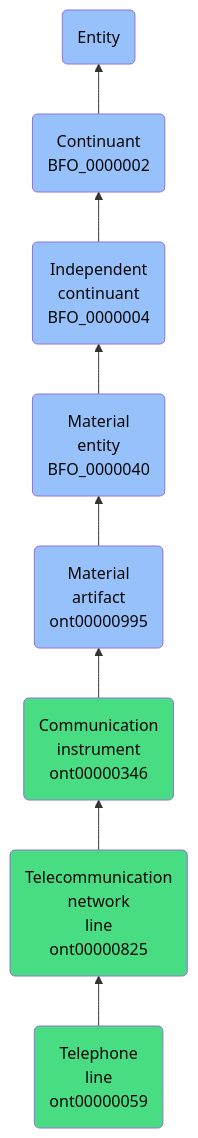
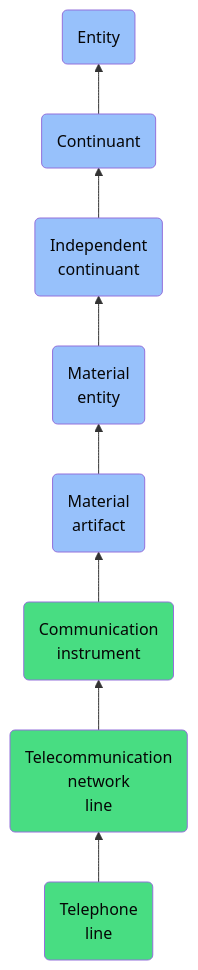
Before and after one commit to jupyter-naas/abi: the diagram in docs/ontology/reference/model/Entity/Continuant/Independent continuant/Material entity/Material artifact/Communication instrument/Telecommunication network line/Telephone line/Telephone line.md, drawn with Mermaid. The commit also changed other lines of this file and 1430 other files, not shown here.

````diff
--- a/docs/ontology/reference/model/Entity/Continuant/Independent continuant/Material entity/Material artifact/Communication instrument/Telecommunication network line/Telephone line/Telephone line.md
+++ b/docs/ontology/reference/model/Entity/Continuant/Independent continuant/Material entity/Material artifact/Communication instrument/Telecommunication network line/Telephone line/Telephone line.md
@@ -24,15 +24,15 @@
 ```mermaid
 graph BT
-    ont00000059(Telephone<br>line<br>ont00000059):::ABI-->ont00000825
-    ont00000825(Telecommunication<br>network<br>line<br>ont00000825):::ABI-->ont00000346
-    ont00000346(Communication<br>instrument<br>ont00000346):::ABI-->ont00000995
-    ont00000995(Material<br>artifact<br>ont00000995):::BFO-->BFO_0000040
-    BFO_0000040(Material<br>entity<br>BFO_0000040):::BFO-->BFO_0000004
-    BFO_0000004(Independent<br>continuant<br>BFO_0000004):::BFO-->BFO_0000002
-    BFO_0000002(Continuant<br>BFO_0000002):::BFO-->BFO_0000001
+    ont00000059(Telephone<br>line):::ABI-->ont00000825
+    ont00000825(Telecommunication<br>network<br>line):::ABI-->ont00000346
+    ont00000346(Communication<br>instrument):::ABI-->ont00000995
+    ont00000995(Material<br>artifact):::BFO-->BFO_0000040
+    BFO_0000040(Material<br>entity):::BFO-->BFO_0000004
+    BFO_0000004(Independent<br>continuant):::BFO-->BFO_0000002
+    BFO_0000002(Continuant):::BFO-->BFO_0000001
     BFO_0000001(Entity):::BFO
     
     classDef BFO fill:#97c1fb,color:#060606
     classDef CCO fill:#e4c51e,color:#060606
     classDef ABI fill:#48DD82,color:#060606
 ```
````
